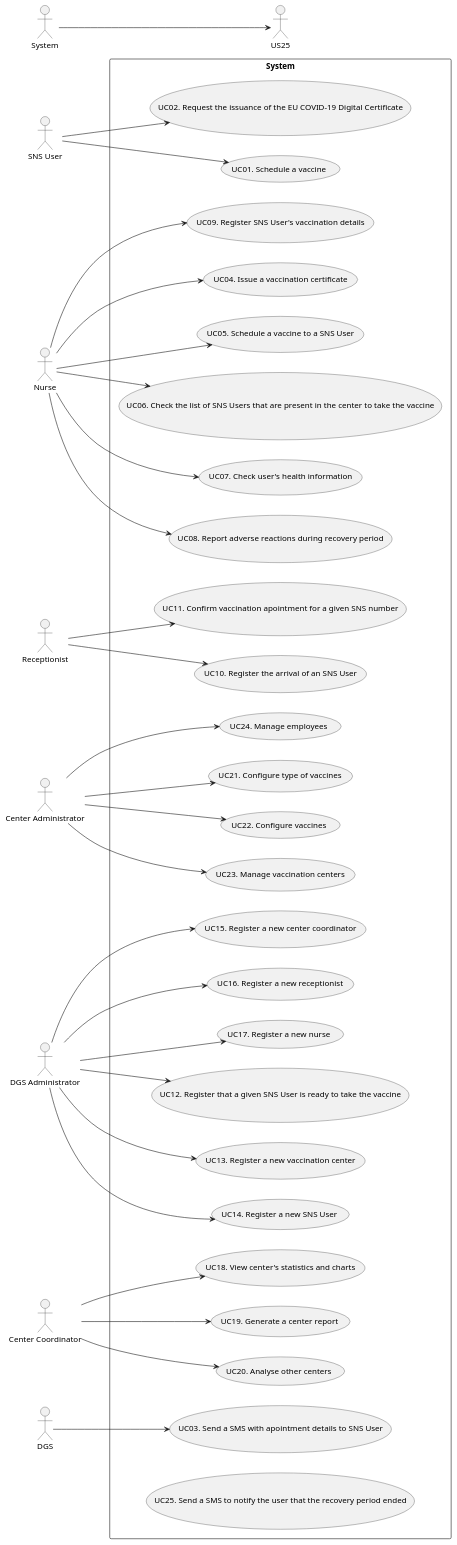
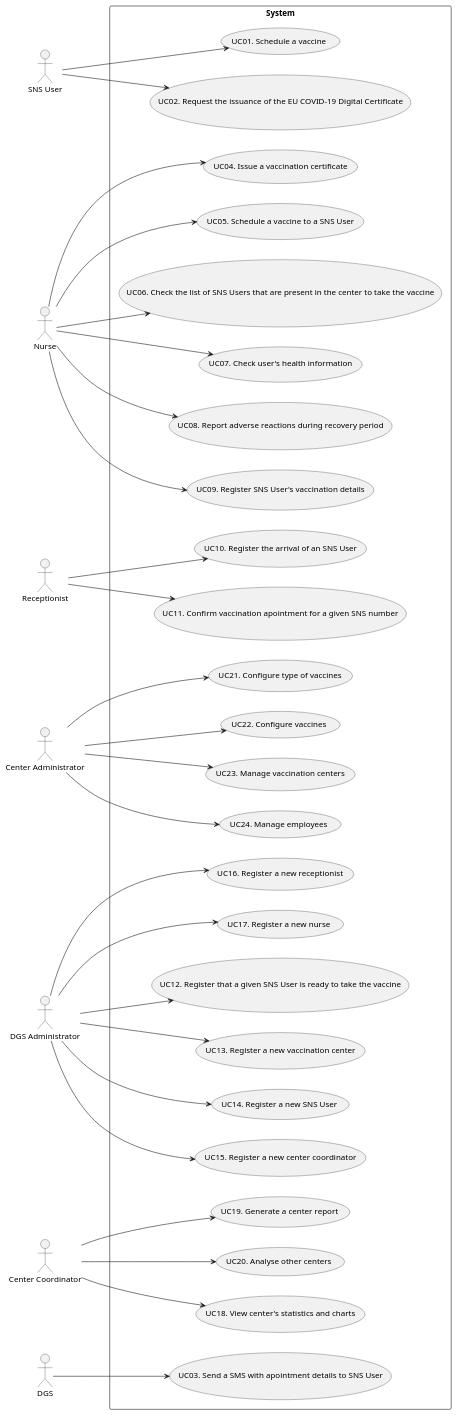
One commit to miseEnPlace-i/lapr2 changed the diagram in docs/SprintA/UCD.puml. Above: the diagram before and after it, drawn with PlantUML.

Commit message:
docs(ucd): removed system uc

```diff
--- a/docs/SprintA/UCD.puml
+++ b/docs/SprintA/UCD.puml
@@ -1,68 +1,65 @@
 @startuml UCD
 
 left to right direction
 
 actor "SNS User" as user
 actor "Nurse" as nurse
 actor "Receptionist" as recept
 actor "Center Administrator" as cadmin
 actor "DGS Administrator" as dgsadmin
 actor "Center Coordinator" as coordinator
 actor "DGS" as dgs
-actor "System" as system
 
 rectangle System {
   usecase "UC01. Schedule a vaccine" as UC01
   usecase "UC02. Request the issuance of the EU COVID-19 Digital Certificate" as UC02
   usecase "UC03. Send a SMS with apointment details to SNS User" as UC03
   usecase "UC04. Issue a vaccination certificate" as UC04
   usecase "UC05. Schedule a vaccine to a SNS User" as UC05
   usecase "UC06. Check the list of SNS Users that are present in the center to take the vaccine" as UC06
   usecase "UC07. Check user's health information" as UC07
   usecase "UC08. Report adverse reactions during recovery period" as UC08
   usecase "UC09. Register SNS User's vaccination details" as UC09
   usecase "UC10. Register the arrival of an SNS User" as UC10
   usecase "UC11. Confirm vaccination apointment for a given SNS number" as UC11
   usecase "UC12. Register that a given SNS User is ready to take the vaccine" as UC12
   usecase "UC13. Register a new vaccination center" as UC13
   usecase "UC14. Register a new SNS User" as UC14
   usecase "UC15. Register a new center coordinator" as UC15
   usecase "UC16. Register a new receptionist" as UC16
   usecase "UC17. Register a new nurse" as UC17
   usecase "UC18. View center's statistics and charts" as UC18
   usecase "UC19. Generate a center report" as UC19
   usecase "UC20. Analyse other centers" as UC20
   usecase "UC21. Configure type of vaccines" as UC21
   usecase "UC22. Configure vaccines" as UC22
   usecase "UC23. Manage vaccination centers" as UC23
   usecase "UC24. Manage employees" as UC24
-  usecase "UC25. Send a SMS to notify the user that the recovery period ended" as UC25
 }
 
 user --> UC01
 user --> UC02
 dgs --> UC03
 nurse --> UC04
 nurse --> UC05
 nurse --> UC06
 nurse --> UC07
 nurse --> UC08
 nurse --> UC09
 recept --> UC10
 recept --> UC11
 dgsadmin --> UC12
 dgsadmin --> UC13
 dgsadmin --> UC14
 dgsadmin --> UC15
 dgsadmin --> UC16
 dgsadmin --> UC17
 coordinator --> UC18
 coordinator --> UC19
 coordinator --> UC20
 cadmin --> UC21
 cadmin --> UC22
 cadmin --> UC23
 cadmin --> UC24
-system --> US25
 
 @enduml
```
